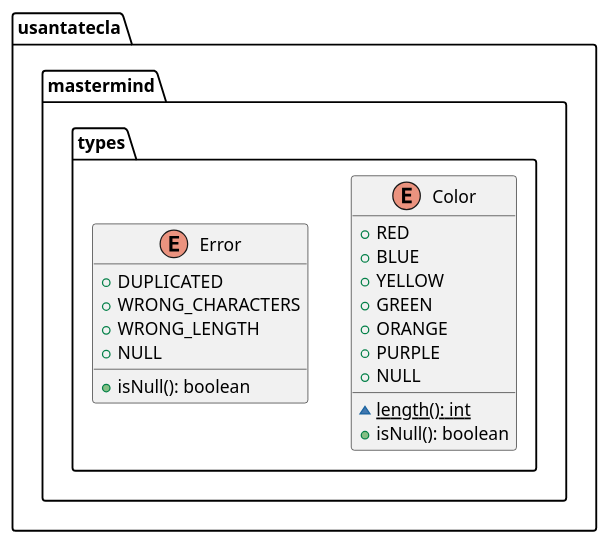
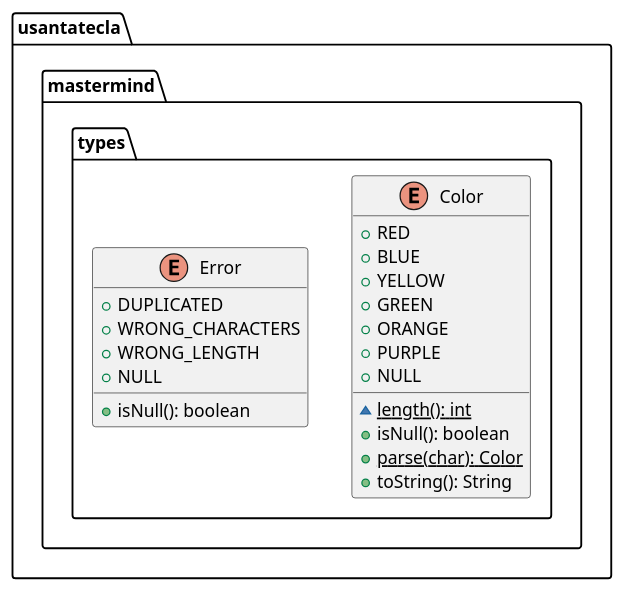
The fifth of 6 diagrams in modelViewPresenter/presentationModel/withComposite/docs/diagrams/src/paquetes.plantuml (SantaTecla-mastermind/solution.java.swing.socket.sql), drawn with PlantUML before and after one commit. The commit also changed other lines of this file and 2 other files, not shown here.

Commit message:
[mvp.pm.withComposite] Changed diagrams to match with Memento changes

```diff
--- a/modelViewPresenter/presentationModel/withComposite/docs/diagrams/src/paquetes.plantuml
+++ b/modelViewPresenter/presentationModel/withComposite/docs/diagrams/src/paquetes.plantuml
@@ -438,21 +435,23 @@
 @startuml usantatecla.mastermind.types
 enum usantatecla.mastermind.types.Color {
     + RED
     + BLUE
     + YELLOW
     + GREEN
     + ORANGE
     + PURPLE
     + NULL
     ~ {static} length(): int
     + isNull(): boolean
+    + {static} parse(char): Color
+    + toString(): String
 }
 
 enum usantatecla.mastermind.types.Error {
     + DUPLICATED
     + WRONG_CHARACTERS
     + WRONG_LENGTH
     + NULL
     + isNull(): boolean
 }
 @enduml
```
